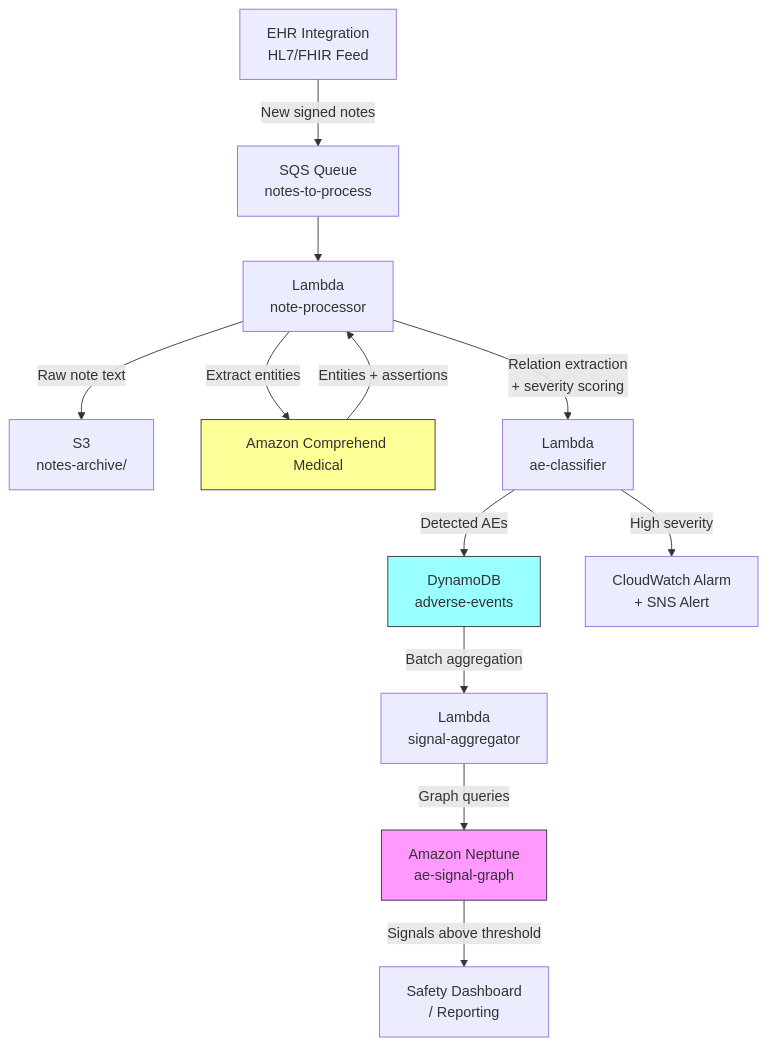
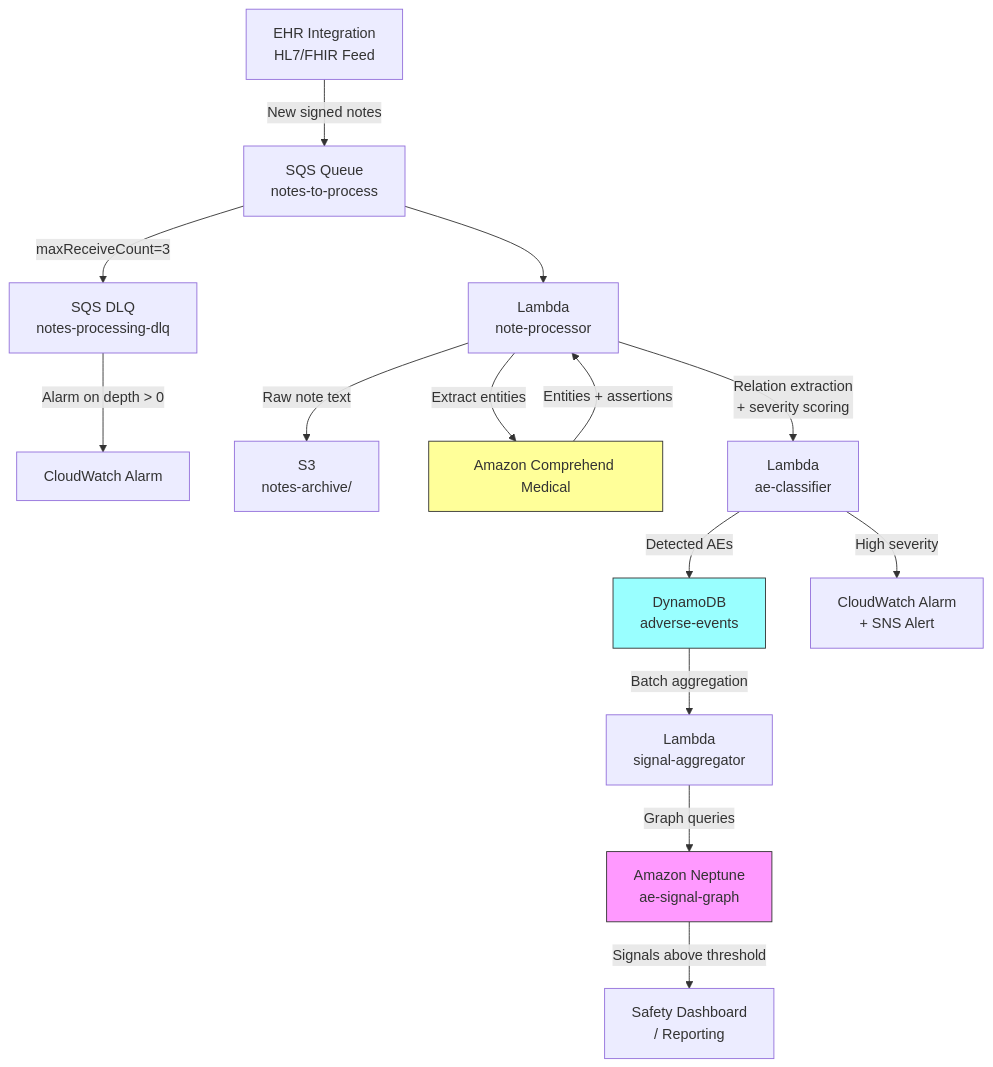
One commit to ccrngd1/HCLS-ai-book changed the diagram in chapter08.07-adverse-event-detection-clinical-text.md. Above: the diagram before and after it, drawn with Mermaid. The commit also changed other lines of this file and 4 other files, not shown here.

````diff
--- a/chapter08.07-adverse-event-detection-clinical-text.md
+++ b/chapter08.07-adverse-event-detection-clinical-text.md
@@ -153,18 +149,20 @@
 ```mermaid
 flowchart TD
     A[EHR Integration\nHL7/FHIR Feed] -->|New signed notes| B[SQS Queue\nnotes-to-process]
     B --> C[Lambda\nnote-processor]
+    B -->|maxReceiveCount=3| B2[SQS DLQ\nnotes-processing-dlq]
+    B2 -->|Alarm on depth > 0| H2[CloudWatch Alarm]
     C -->|Raw note text| D[S3\nnotes-archive/]
     C -->|Extract entities| E[Amazon Comprehend Medical]
     E -->|Entities + assertions| C
     C -->|Relation extraction\n+ severity scoring| F[Lambda\nae-classifier]
     F -->|Detected AEs| G[DynamoDB\nadverse-events]
     F -->|High severity| H[CloudWatch Alarm\n+ SNS Alert]
     G -->|Batch aggregation| I[Lambda\nsignal-aggregator]
     I -->|Graph queries| J[Amazon Neptune\nae-signal-graph]
     J -->|Signals above threshold| K[Safety Dashboard\n/ Reporting]
 
     style E fill:#ff9,stroke:#333
     style G fill:#9ff,stroke:#333
     style J fill:#f9f,stroke:#333
 ```
````
